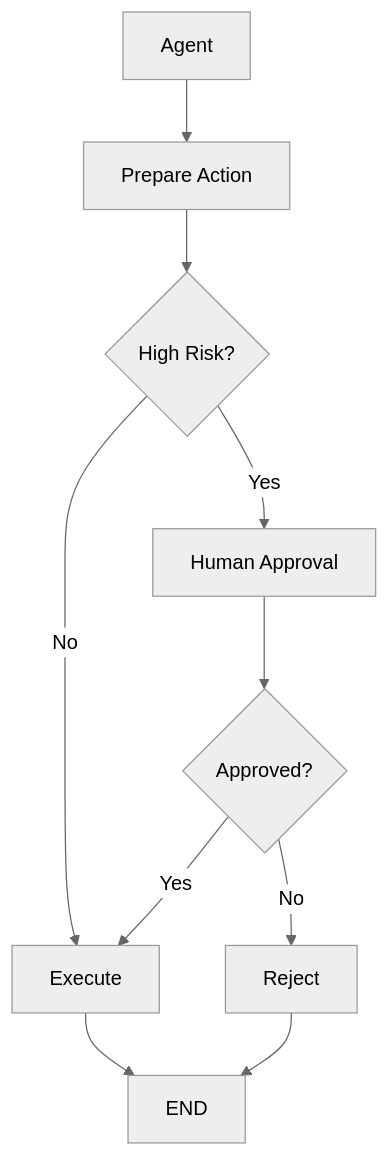
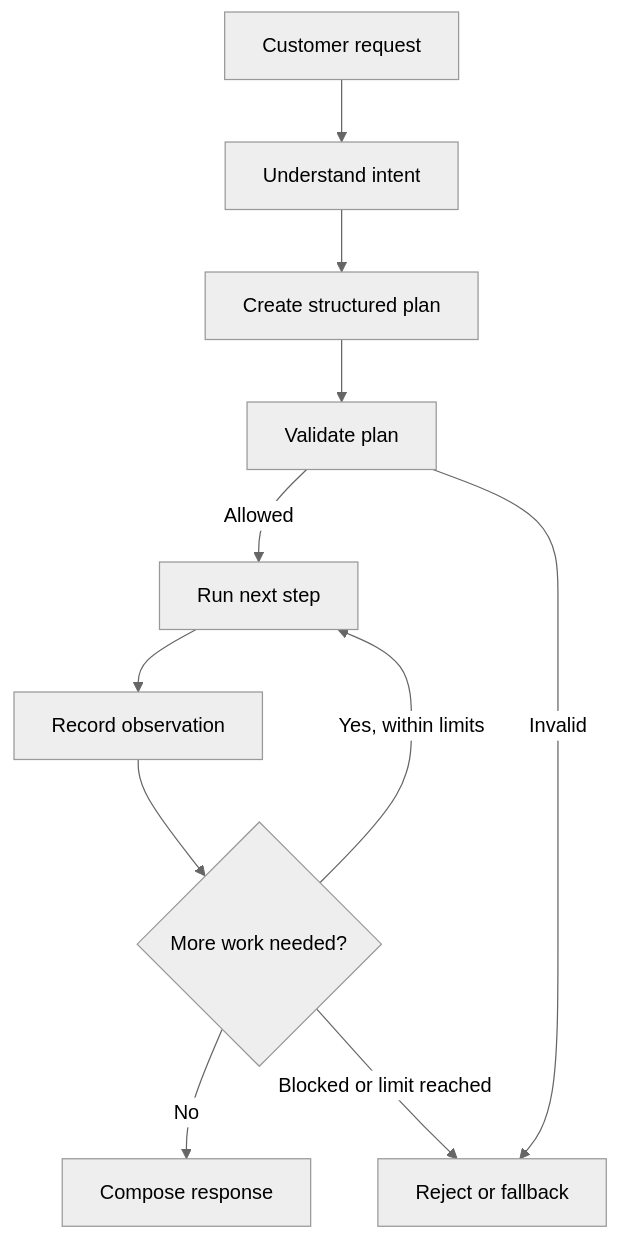
Before and after one commit to MihirKJha/enterprise-ai-engineering-handbook: the first of 4 diagrams in docs/08-ai-engineering-frameworks/langgraph/23-langgraph-agent-workflows.md, drawn with Mermaid (neutral theme). The commit also changed other lines of this file and 10 other files, not shown here.

````diff
--- a/docs/08-ai-engineering-frameworks/langgraph/23-langgraph-agent-workflows.md
+++ b/docs/08-ai-engineering-frameworks/langgraph/23-langgraph-agent-workflows.md
@@ -976,21 +38,13 @@
 ```mermaid
 flowchart TD
-
-    A[Agent] --> B[Prepare Action]
-
-    B --> C{High Risk?}
-
-    C -->|No| D[Execute]
-
-    C -->|Yes| E[Human Approval]
-
-    E --> F{Approved?}
-
-    F -->|Yes| D
-
-    F -->|No| G[Reject]
-
-    D --> H[END]
-
-    G --> H
+    A[Customer request] --> B[Understand intent]
+    B --> C[Create structured plan]
+    C --> D[Validate plan]
+    D -->|Allowed| E[Run next step]
+    D -->|Invalid| X[Reject or fallback]
+    E --> F[Record observation]
+    F --> G{More work needed?}
+    G -->|Yes, within limits| E
+    G -->|No| H[Compose response]
+    G -->|Blocked or limit reached| X
 ```
````
